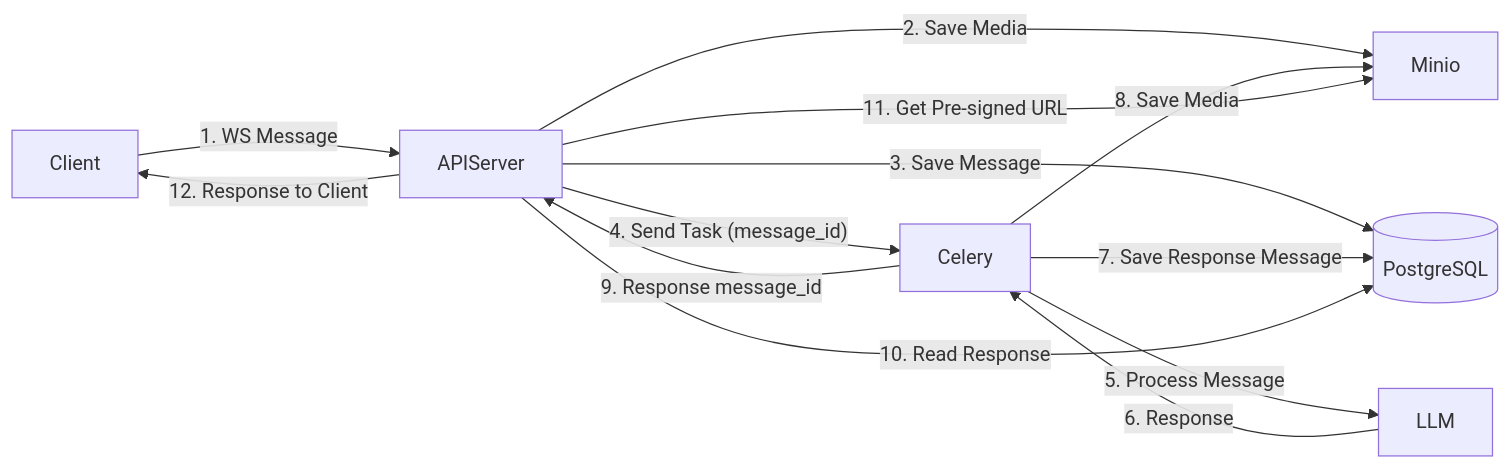
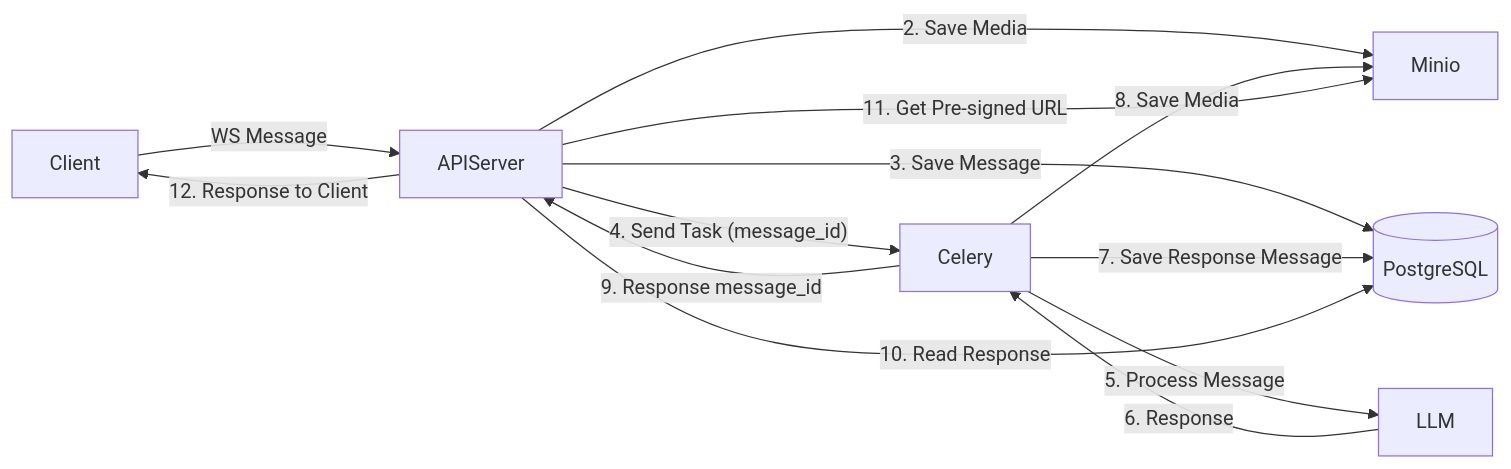
The second of 2 diagrams in README.md (ducnv0/tori-assistant), drawn with Mermaid before and after one commit.

Commit message:
README update

````diff
--- a/README.md
+++ b/README.md
@@ -77,15 +77,15 @@
 ```mermaid
 graph LR
-    Client -- 1. WS Message --> APIServer
+    Client -- WS Message --> APIServer
     APIServer -- 2. Save Media --> Minio
     APIServer -- 3. Save Message --> DB[(PostgreSQL)]
     APIServer -- 4. Send Task (message_id) --> Celery
     Celery -- 5. Process Message --> LLM
     LLM -- 6. Response --> Celery
     Celery -- 7. Save Response Message --> DB
     Celery -- 8. Save Media --> Minio
     Celery -- 9. Response message_id --> APIServer
     APIServer -- 10. Read Response --> DB
     APIServer -- 11. Get Pre-signed URL --> Minio
     APIServer -- 12. Response to Client --> Client
  ```
````
